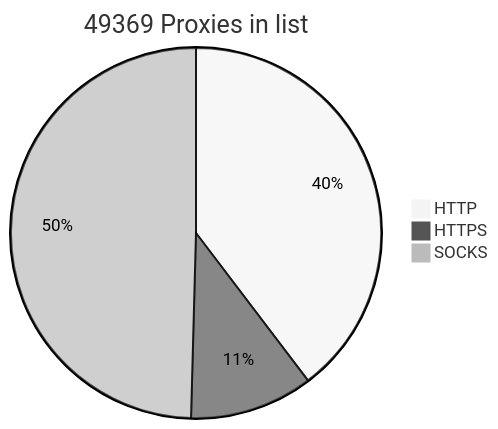
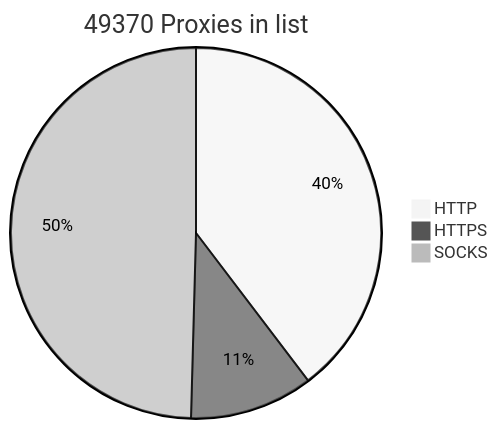
The diagram in README.md (BlackSnowDot/proxylist-update-every-minute), drawn with Mermaid (neutral theme) before and after one commit.

````diff
--- a/README.md
+++ b/README.md
@@ -2,6 +2,6 @@
 ```mermaid
-pie title 49369 Proxies in list
+pie title 49370 Proxies in list
     "HTTP" : 21643
-    "HTTPS": 5872
+    "HTTPS": 5876
     "SOCKS" : 27051
 ```
````
